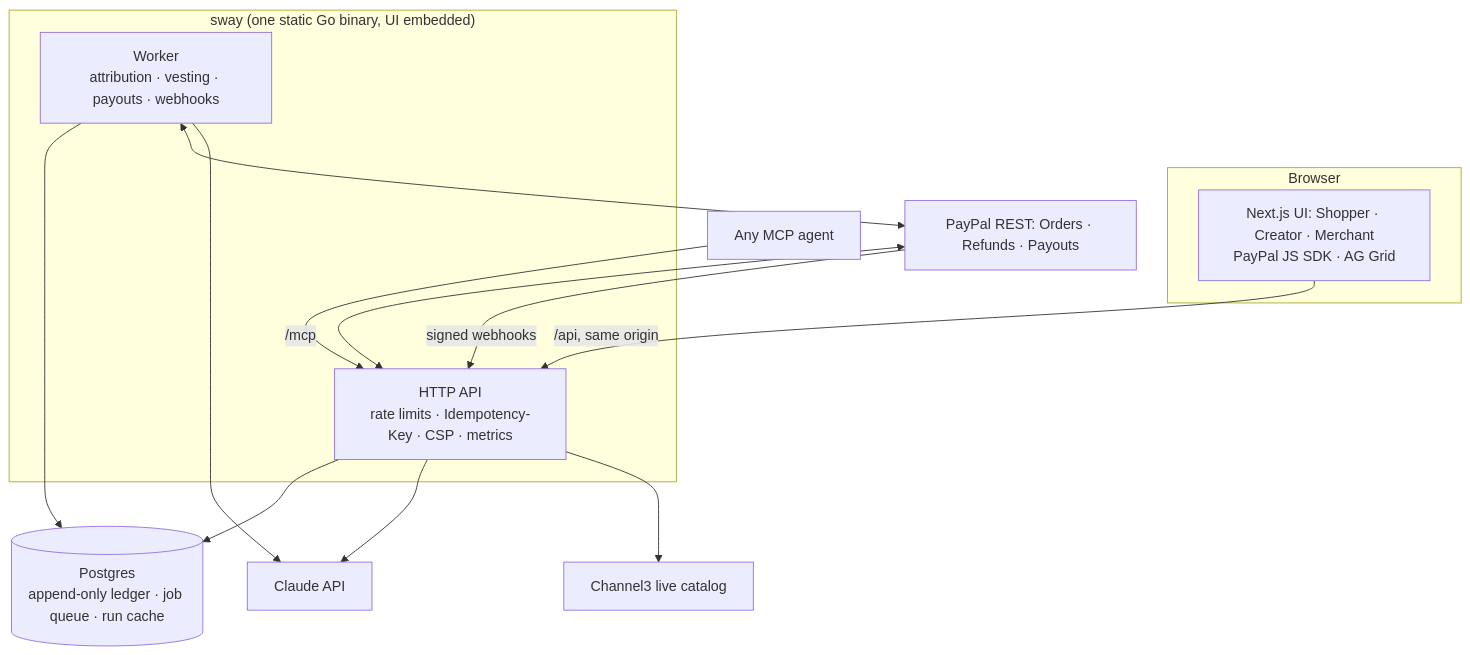
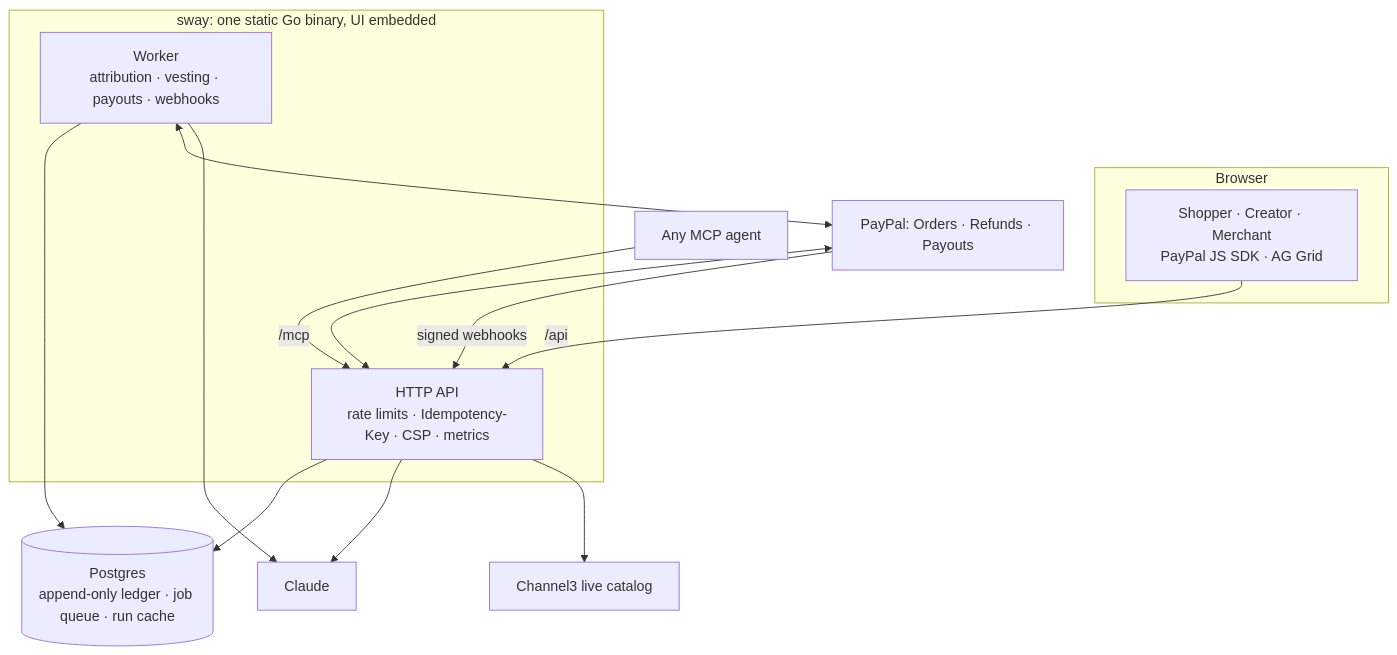
One commit to vivekyarra/sway changed the first of 2 diagrams in README.md. Above: the diagram before and after it, drawn with Mermaid. The commit also changed other lines of this file and 78 other files, not shown here.

````diff
--- a/README.md
+++ b/README.md
@@ -122,20 +74,20 @@
 ```mermaid
 flowchart TB
     subgraph Browser
-      UI[Next.js UI: Shopper · Creator · Merchant<br/>PayPal JS SDK · AG Grid]
+      UI[Shopper · Creator · Merchant<br/>PayPal JS SDK · AG Grid]
     end
     AG[Any MCP agent] -->|/mcp| API
-    UI -->|/api, same origin| API
-    subgraph "sway (one static Go binary, UI embedded)"
+    UI -->|/api| API
+    subgraph "sway: one static Go binary, UI embedded"
       API[HTTP API<br/>rate limits · Idempotency-Key · CSP · metrics]
       W[Worker<br/>attribution · vesting · payouts · webhooks]
     end
     API --> PG[(Postgres<br/>append-only ledger · job queue · run cache)]
     W --> PG
-    PP[PayPal REST: Orders · Refunds · Payouts] <--> API
+    PP[PayPal: Orders · Refunds · Payouts] <--> API
     PP -->|signed webhooks| API
     W <--> PP
-    W --> C[Claude API]
+    W --> C[Claude]
     API --> C
     API --> C3[Channel3 live catalog]
 ```
````
